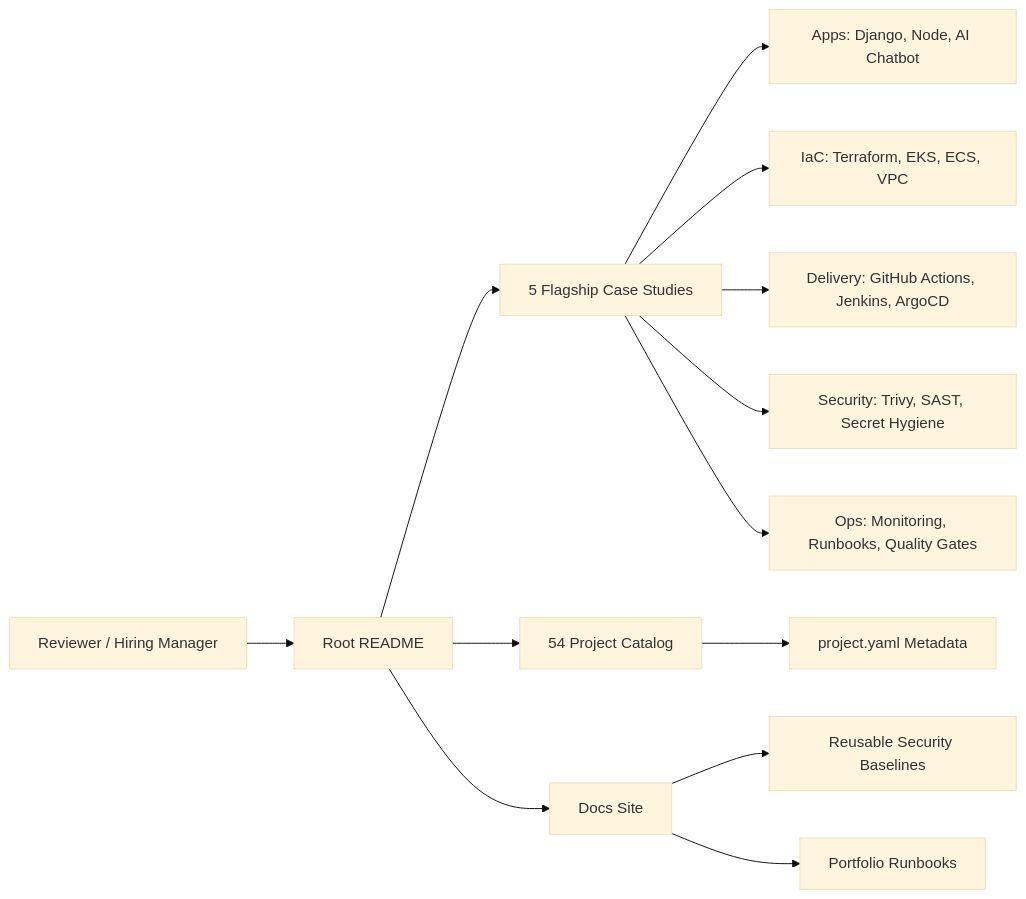
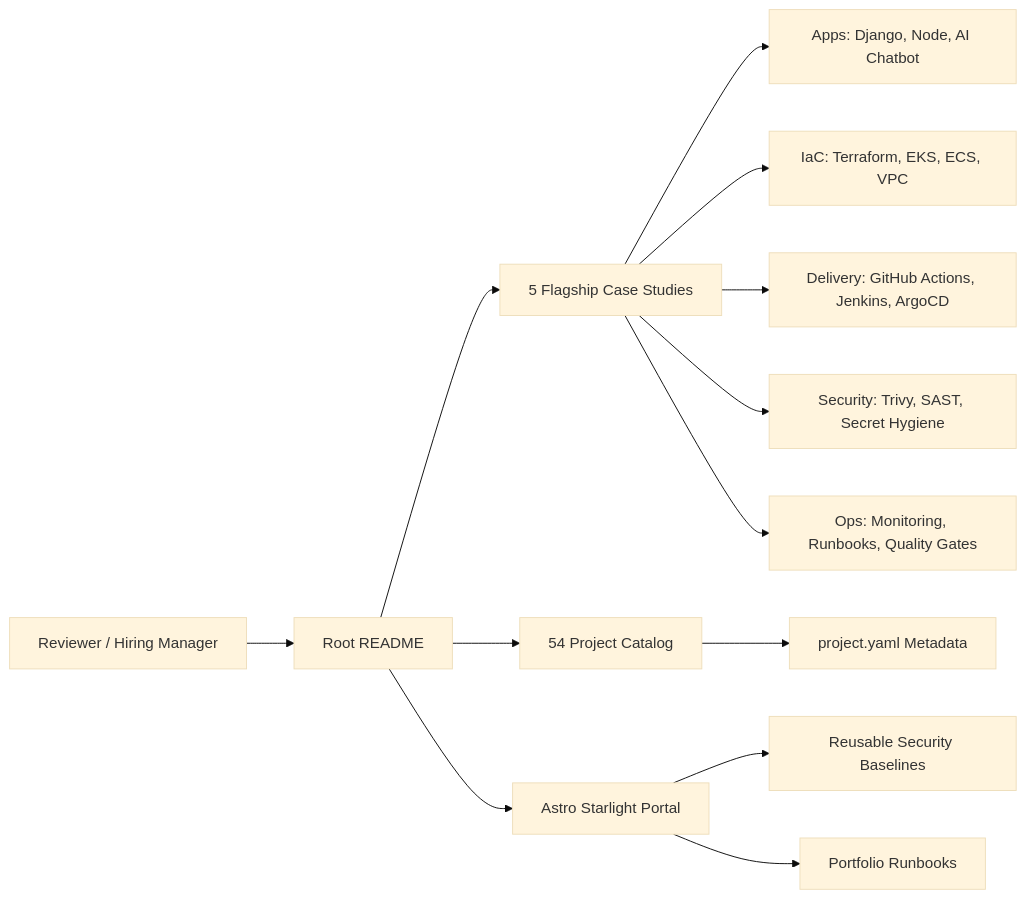
The diagram in README.md (DevCloudNinjas/DevOps-Projects), drawn with Mermaid (base theme) before and after one commit. The commit also changed other lines of this file and 18 other files, not shown here.

Commit message:
Migrate documentation portal to Astro Starlight

````diff
--- a/README.md
+++ b/README.md
@@ -63,17 +66,17 @@
 ```mermaid
 flowchart LR
     reviewer["Reviewer / Hiring Manager"] --> readme["Root README"]
     readme --> flagship["5 Flagship Case Studies"]
     readme --> catalog["54 Project Catalog"]
-    readme --> docs["Docs Site"]
+    readme --> docs["Astro Starlight Portal"]
 
     flagship --> app["Apps: Django, Node, AI Chatbot"]
     flagship --> infra["IaC: Terraform, EKS, ECS, VPC"]
     flagship --> delivery["Delivery: GitHub Actions, Jenkins, ArgoCD"]
     flagship --> security["Security: Trivy, SAST, Secret Hygiene"]
     flagship --> ops["Ops: Monitoring, Runbooks, Quality Gates"]
 
     catalog --> metadata["project.yaml Metadata"]
     docs --> baselines["Reusable Security Baselines"]
     docs --> runbooks["Portfolio Runbooks"]
 ```
````
